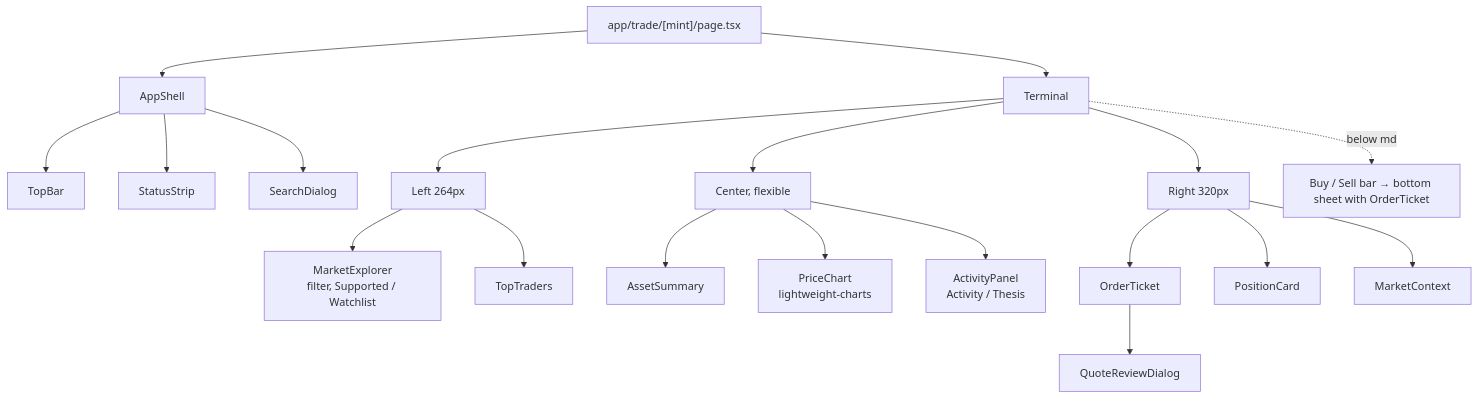
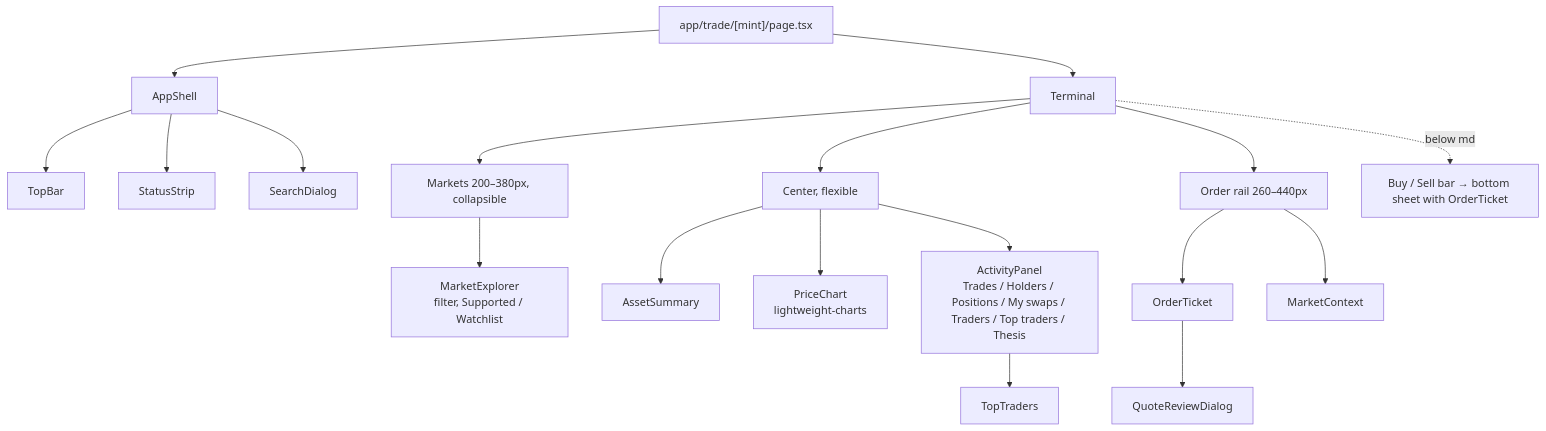
The third of 7 diagrams in docs/architecture.md (jog01/agele-web), drawn with Mermaid before and after one commit. The commit also changed other lines of this file and 22 other files, not shown here.

````diff
--- a/docs/architecture.md
+++ b/docs/architecture.md
@@ -68,20 +68,19 @@
 ```mermaid
 flowchart TB
   PAGE["app/trade/[mint]/page.tsx"] --> SHELL[AppShell]
   SHELL --> TOP[TopBar]
   SHELL --> STRIP[StatusStrip]
   SHELL --> SD[SearchDialog]
   PAGE --> TERM[Terminal]
-  TERM --> L[Left 264px]
+  TERM --> L[Markets 200–380px, collapsible]
   TERM --> M[Center, flexible]
-  TERM --> R[Right 320px]
+  TERM --> R[Order rail 260–440px]
   L --> EXP[MarketExplorer<br/>filter, Supported / Watchlist]
-  L --> TT[TopTraders]
   M --> SUM[AssetSummary]
   M --> CH[PriceChart<br/>lightweight-charts]
-  M --> ACT[ActivityPanel<br/>Activity / Thesis]
+  M --> ACT[ActivityPanel<br/>Trades / Holders / Positions / My swaps / Traders / Top traders / Thesis]
+  ACT --> TT[TopTraders]
   R --> OT[OrderTicket] --> QR[QuoteReviewDialog]
-  R --> POS[PositionCard]
   R --> MC[MarketContext]
   TERM -. "below md" .-> SHEET[Buy / Sell bar → bottom sheet with OrderTicket]
 ```
````
